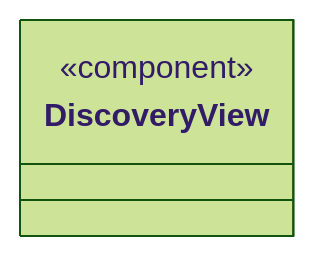
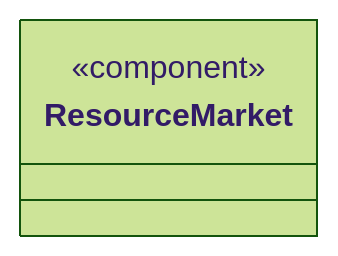
Before and after one commit to nan023062/cbim: the diagram in src/view/discovery/ARCHITECTURE.md, drawn with Mermaid (forest theme). The commit also changed other lines of this file and 11 other files, not shown here.

````diff
--- a/src/view/discovery/ARCHITECTURE.md
+++ b/src/view/discovery/ARCHITECTURE.md
@@ -17,7 +17,7 @@
 ```mermaid
 classDiagram
-class N_b2f36fe6a473["DiscoveryView"] {
+class N_8ce6afc2a53a["ResourceMarket"] {
   <<component>>
 }
-click N_b2f36fe6a473 href "MenuViews.tsx"
+click N_8ce6afc2a53a href "MenuViews.tsx"
 ```
````
